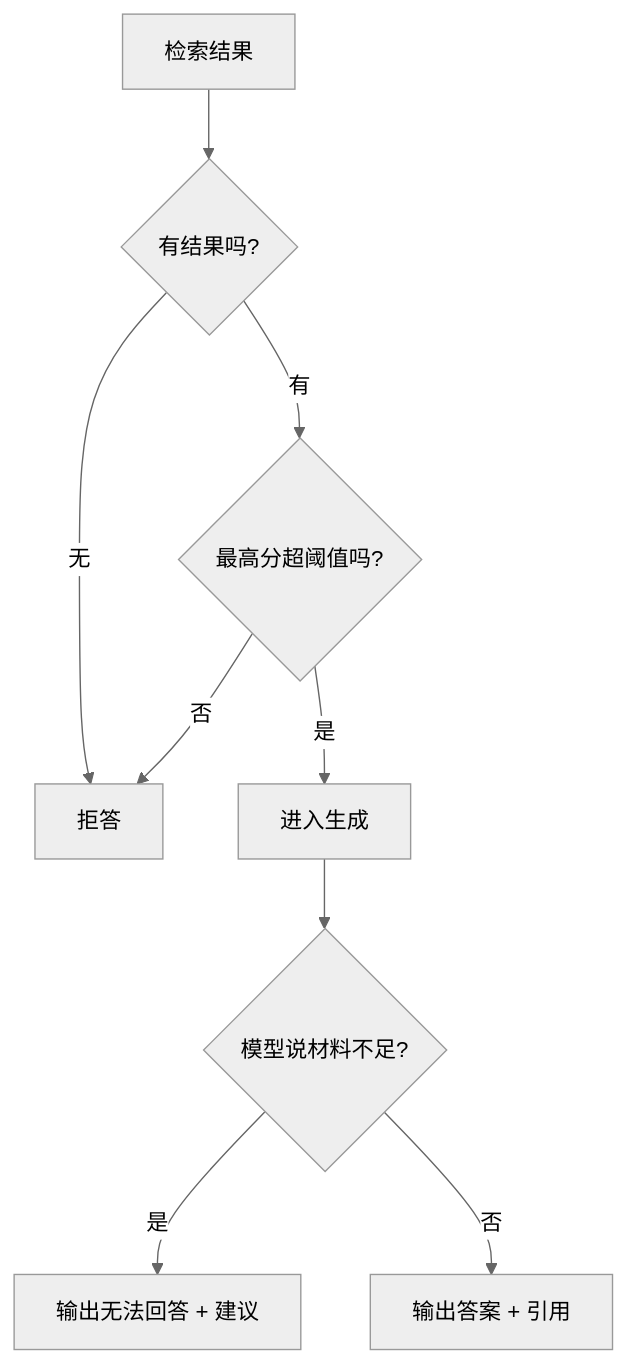
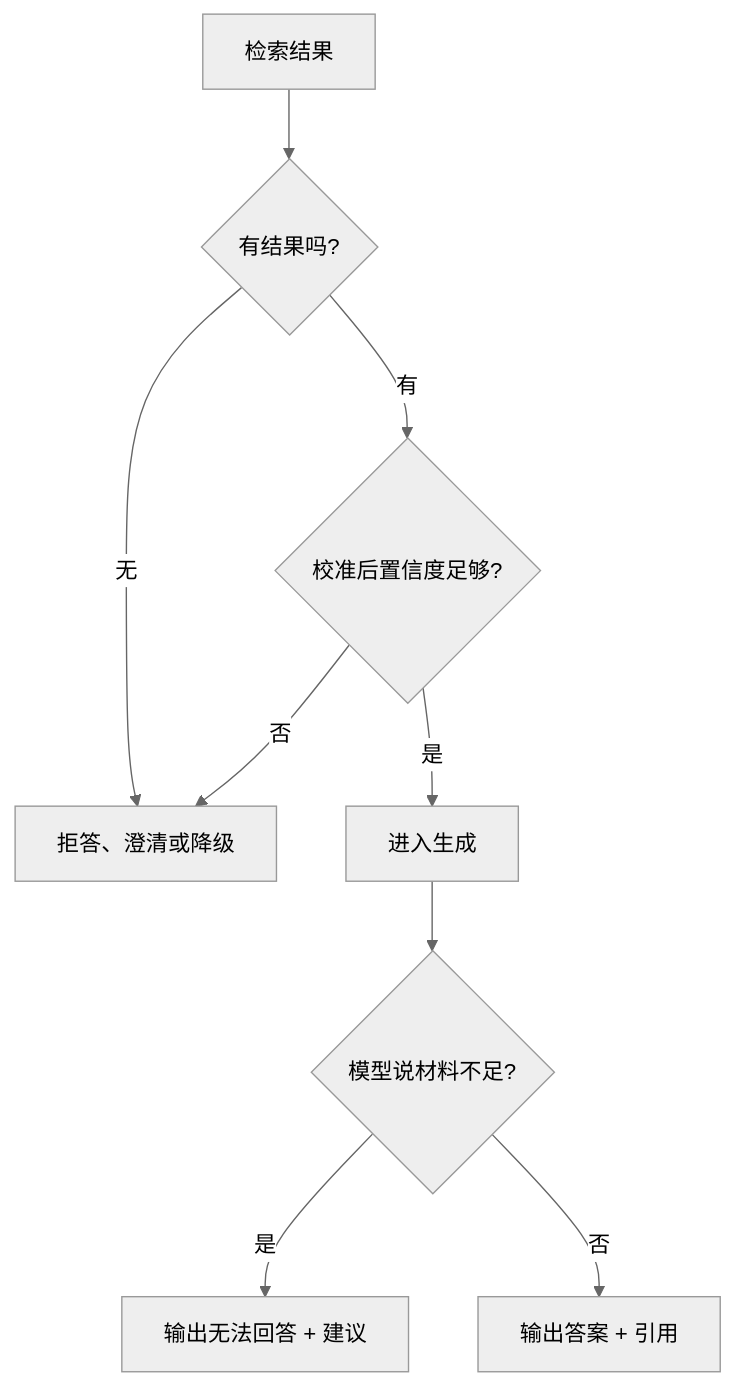
Before and after one commit to oneleaveknowsthefall/awesome-ai-roadmap: the second of 2 diagrams in docs/rag/17-generation-hallucination.md, drawn with Mermaid (neutral theme). The commit also changed other lines of this file and 77 other files, not shown here.

Commit message:
docs: audit and modernize the AI roadmap

````diff
--- a/docs/rag/17-generation-hallucination.md
+++ b/docs/rag/17-generation-hallucination.md
@@ -49,11 +50,11 @@
 ```mermaid
 flowchart TB
     R[检索结果] --> C1{有结果吗?}
     C1 -->|无| REJ[拒答]
-    C1 -->|有| C2{最高分超阈值吗?}
-    C2 -->|否| REJ
+    C1 -->|有| C2{校准后置信度足够?}
+    C2 -->|否| REJ[拒答、澄清或降级]
     C2 -->|是| GEN[进入生成]
     GEN --> C3{模型说材料不足?}
     C3 -->|是| REJ2[输出无法回答 + 建议]
     C3 -->|否| OUT[输出答案 + 引用]
 ```
````
